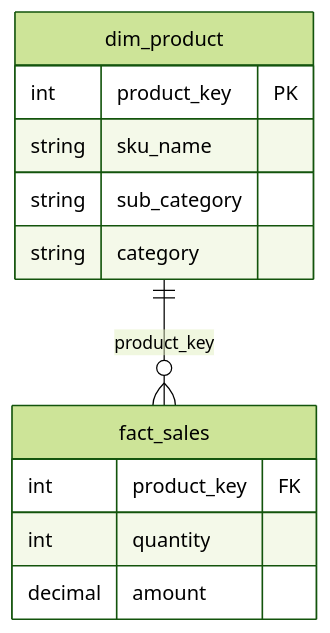
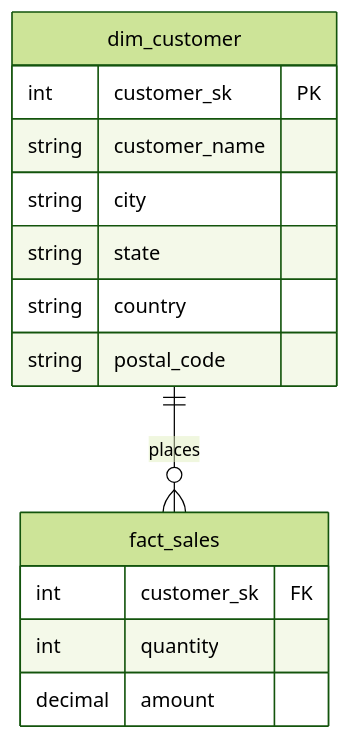
One commit to dyvenia/dim-modelling-docs changed the first of 2 diagrams in src/patterns/outtrigger.md. Above: the diagram before and after it, drawn with Mermaid (forest theme). The commit also changed other lines of this file, not shown here.

````diff
--- a/src/patterns/outtrigger.md
+++ b/src/patterns/outtrigger.md
@@ -30,17 +32,19 @@
 ```mermaid
 erDiagram
-    dim_product ||--o{ fact_sales : "product_key"
+    dim_customer ||--o{ fact_sales : "places"
+
+    dim_customer {
+        int customer_sk PK
+        string customer_name
+        string city
+        string state
+        string country
+        string postal_code
+    }
 
     fact_sales {
-        int product_key FK
+        int customer_sk FK
         int quantity
         decimal amount
     }
-
-    dim_product {
-        int product_key PK
-        string sku_name
-        string sub_category
-        string category
-    }
 ```
````
